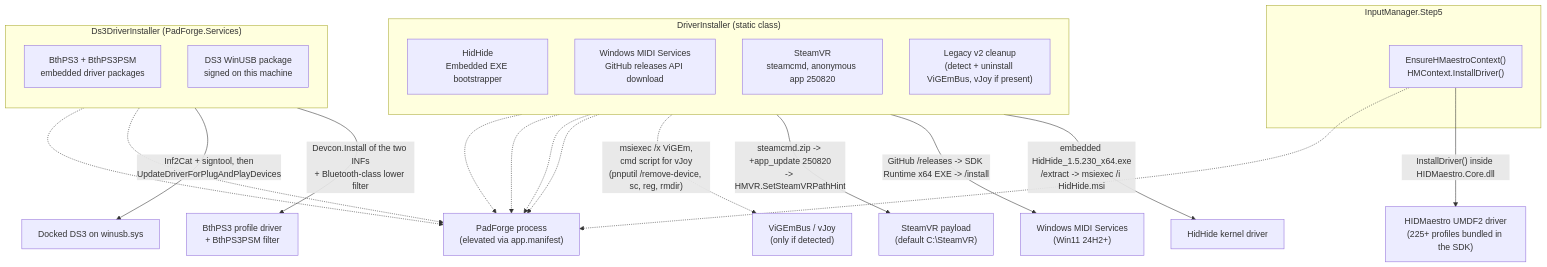
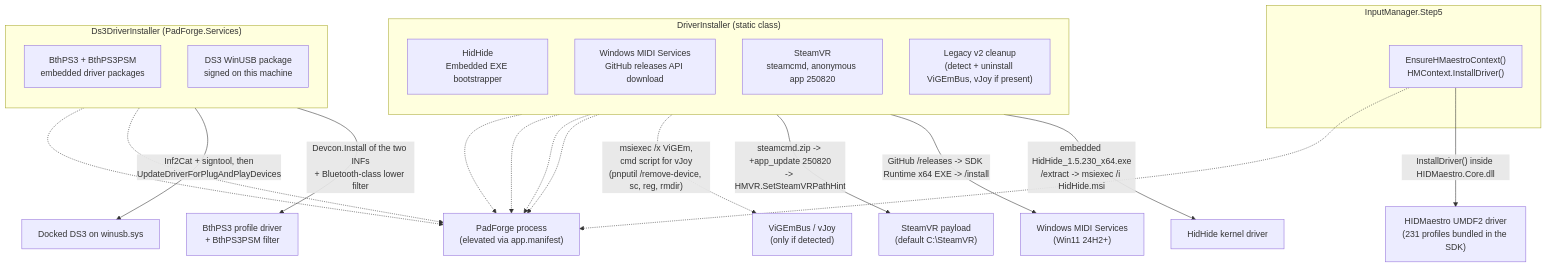
One commit to hifihedgehog/padforge.org changed the first of 3 diagrams in wiki/reference/driver-installation-internals.md. Above: the diagram before and after it, drawn with Mermaid. The commit also changed other lines of this file and 192 other files, not shown here.

````diff
--- a/wiki/reference/driver-installation-internals.md
+++ b/wiki/reference/driver-installation-internals.md
@@ -42,36 +42,36 @@
 ```mermaid
 graph TD
     subgraph Engine["InputManager.Step5"]
         HM["EnsureHMaestroContext()<br/>HMContext.InstallDriver()"]
     end
 
     subgraph DriverInstaller["DriverInstaller (static class)"]
         direction TB
         HH["HidHide<br/>Embedded EXE bootstrapper"]
         MS["Windows MIDI Services<br/>GitHub releases API download"]
         SV["SteamVR<br/>steamcmd, anonymous app 250820"]
         LC["Legacy v2 cleanup<br/>(detect + uninstall ViGEmBus, vJoy if present)"]
     end
 
     subgraph Ds3["Ds3DriverInstaller (PadForge.Services)"]
         direction TB
         BT["BthPS3 + BthPS3PSM<br/>embedded driver packages"]
         WU["DS3 WinUSB package<br/>signed on this machine"]
     end
 
-    HM -->|"InstallDriver() inside HIDMaestro.Core.dll"| HM_DRV["HIDMaestro UMDF2 driver<br/>(225+ profiles bundled in the SDK)"]
+    HM -->|"InstallDriver() inside HIDMaestro.Core.dll"| HM_DRV["HIDMaestro UMDF2 driver<br/>(231 profiles bundled in the SDK)"]
     HH -->|"embedded HidHide_1.5.230_x64.exe<br/>/extract -> msiexec /i HidHide.msi"| HH_DRV["HidHide kernel driver"]
     MS -->|"GitHub /releases -> SDK Runtime x64 EXE -> /install"| MS_SVC["Windows MIDI Services<br/>(Win11 24H2+)"]
     SV -->|"steamcmd.zip -> +app_update 250820<br/>-> HMVR.SetSteamVRPathHint"| SV_DIR["SteamVR payload<br/>(default C:\SteamVR)"]
     BT -->|"Devcon.Install of the two INFs<br/>+ Bluetooth-class lower filter"| BT_DRV["BthPS3 profile driver<br/>+ BthPS3PSM filter"]
     WU -->|"Inf2Cat + signtool, then<br/>UpdateDriverForPlugAndPlayDevices"| WU_DEV["Docked DS3 on winusb.sys"]
     LC -.->|"msiexec /x ViGEm,<br/>cmd script for vJoy<br/>(pnputil /remove-device, sc, reg, rmdir)"| OLD["ViGEmBus / vJoy<br/>(only if detected)"]
 
     HM -.-> ELEV["PadForge process<br/>(elevated via app.manifest)"]
     HH -.-> ELEV
     MS -.-> ELEV
     SV -.-> ELEV
     BT -.-> ELEV
     WU -.-> ELEV
     LC -.-> ELEV
 ```
````
